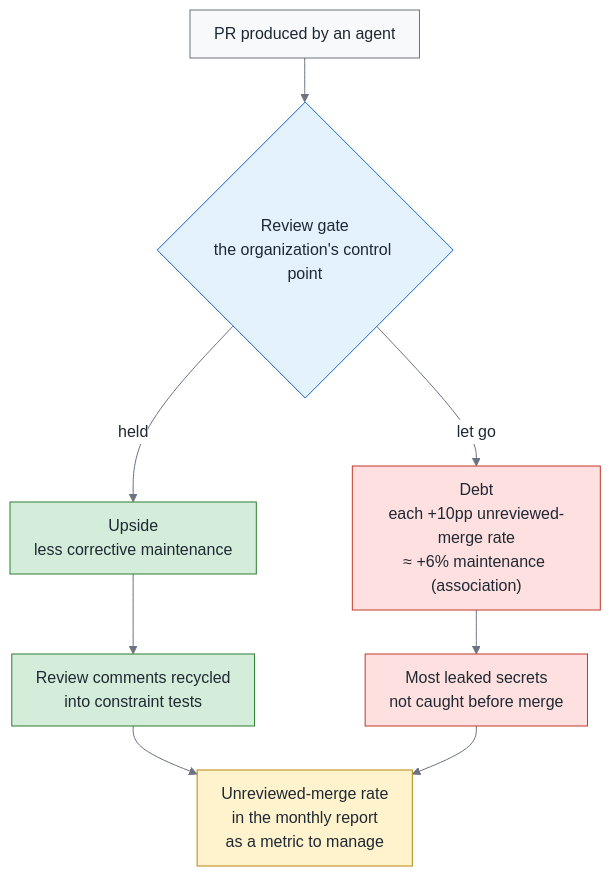
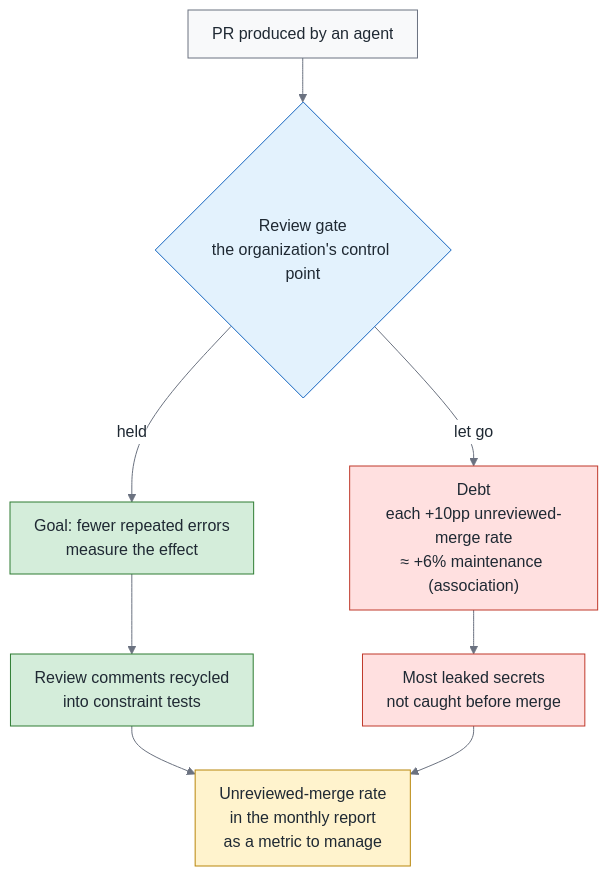
Before and after one commit to fantasybz/medium-articles: the fifth of 10 diagrams in 2026-10-green-overview/article.en.md, drawn with Mermaid. The commit also changed other lines of this file and 93 other files, not shown here.

````diff
--- a/2026-10-green-overview/article.en.md
+++ b/2026-10-green-overview/article.en.md
@@ -398,41 +398,41 @@
 ```mermaid
 ---
 config:
   theme: base
   themeVariables:
     fontSize: 16px
     primaryColor: "#f8f9fa"
     primaryTextColor: "#1f2933"
     primaryBorderColor: "#6b7280"
     lineColor: "#6b7280"
     secondaryColor: "#f8f9fa"
     tertiaryColor: "#ffffff"
     clusterBkg: "#ffffff"
     clusterBorder: "#9ca3af"
     edgeLabelBackground: "#ffffff"
   flowchart:
     nodeSpacing: 96
     rankSpacing: 44
     padding: 12
     htmlLabels: true
     subGraphTitleMargin:
       top: 8
       bottom: 12
     curve: basis
 ---
 flowchart TB
     classDef own fill:#d4edda,stroke:#2e7d32,color:#1f2933
     classDef buy fill:#fff3cd,stroke:#b8860b,color:#1f2933
     classDef bad fill:#ffe0e0,stroke:#c0392b,color:#1f2933
     classDef human fill:#e3f2fd,stroke:#1565c0,color:#1f2933
     A["PR produced by an agent"] --> R{"Review gate<br/>the organization's control point"}
-    R -->|held| G1["Upside<br/>less corrective maintenance"]
+    R -->|held| G1["Goal: fewer repeated errors<br/>measure the effect"]
     G1 --> G2["Review comments recycled<br/>into constraint tests"]
     R -->|let go| B1["Debt<br/>each +10pp unreviewed-merge rate<br/>≈ +6% maintenance (association)"]
     B1 --> B2["Most leaked secrets<br/>not caught before merge"]
     G2 & B2 --> M["Unreviewed-merge rate<br/>in the monthly report<br/>as a metric to manage"]
     class R human
     class G1,G2 own
     class B1,B2 bad
     class M buy
 ```
````
